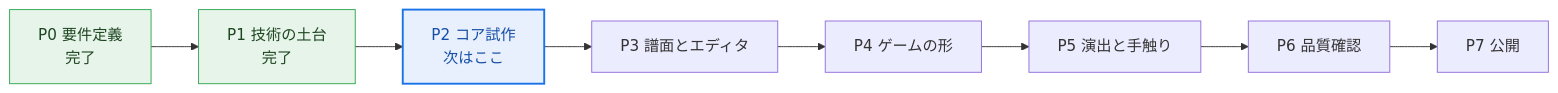
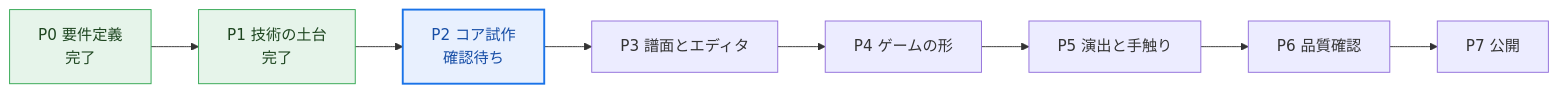
Before and after one commit to shounosuke-tech/game_music: the diagram in docs/00-roadmap.md, drawn with Mermaid. The commit also changed other lines of this file and 24 other files, not shown here.

````diff
--- a/docs/00-roadmap.md
+++ b/docs/00-roadmap.md
@@ -12,6 +12,6 @@
 ```mermaid
 flowchart LR
-  P0["P0 要件定義<br/>完了"]:::done --> P1["P1 技術の土台<br/>完了"]:::done --> P2["P2 コア試作<br/>次はここ"]:::next --> P3["P3 譜面とエディタ"] --> P4["P4 ゲームの形"] --> P5["P5 演出と手触り"] --> P6["P6 品質確認"] --> P7["P7 公開"]
+  P0["P0 要件定義<br/>完了"]:::done --> P1["P1 技術の土台<br/>完了"]:::done --> P2["P2 コア試作<br/>確認待ち"]:::next --> P3["P3 譜面とエディタ"] --> P4["P4 ゲームの形"] --> P5["P5 演出と手触り"] --> P6["P6 品質確認"] --> P7["P7 公開"]
   classDef done fill:#e6f4ea,stroke:#34a853,color:#1e4620
   classDef next fill:#e8f0fe,stroke:#1a73e8,color:#174ea6,stroke-width:2px
 ```
````
